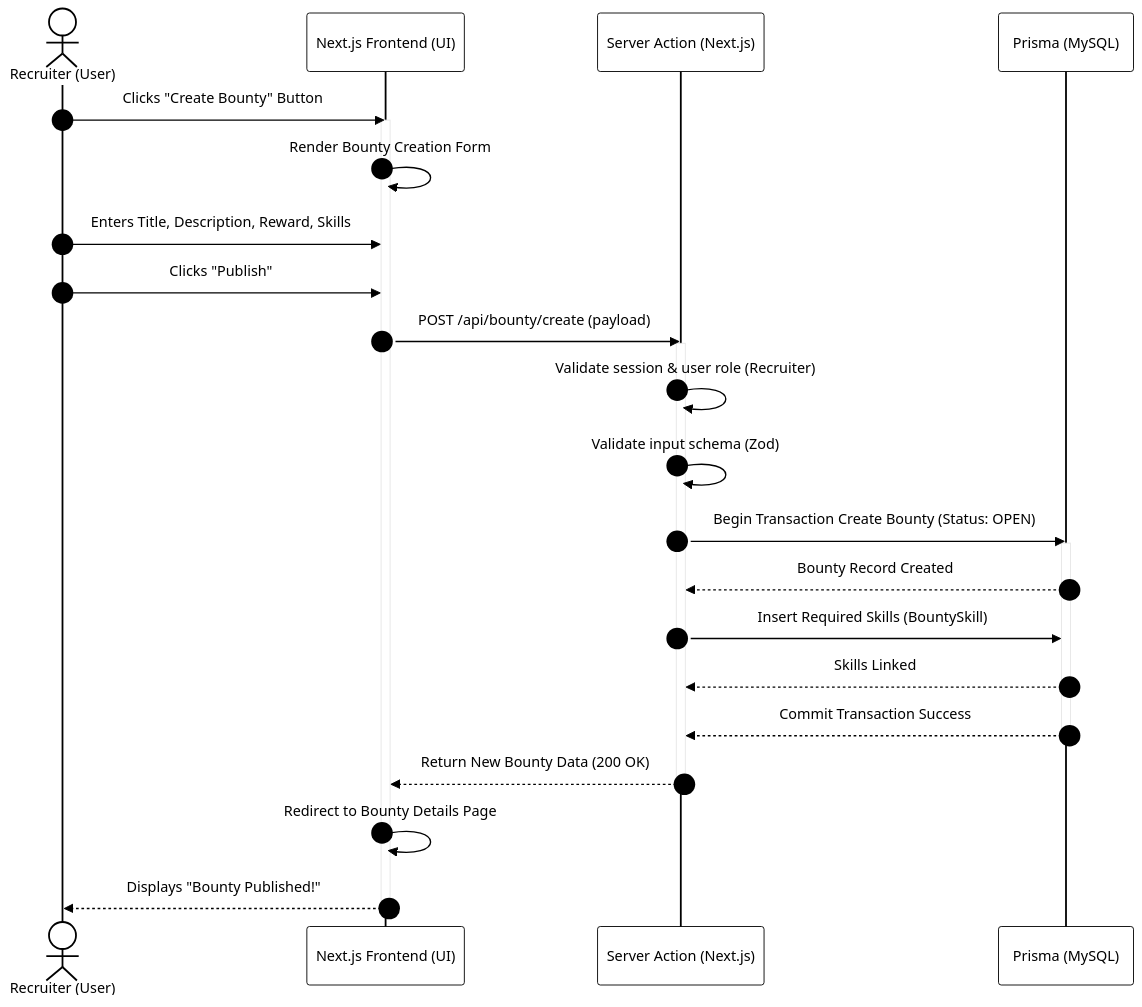
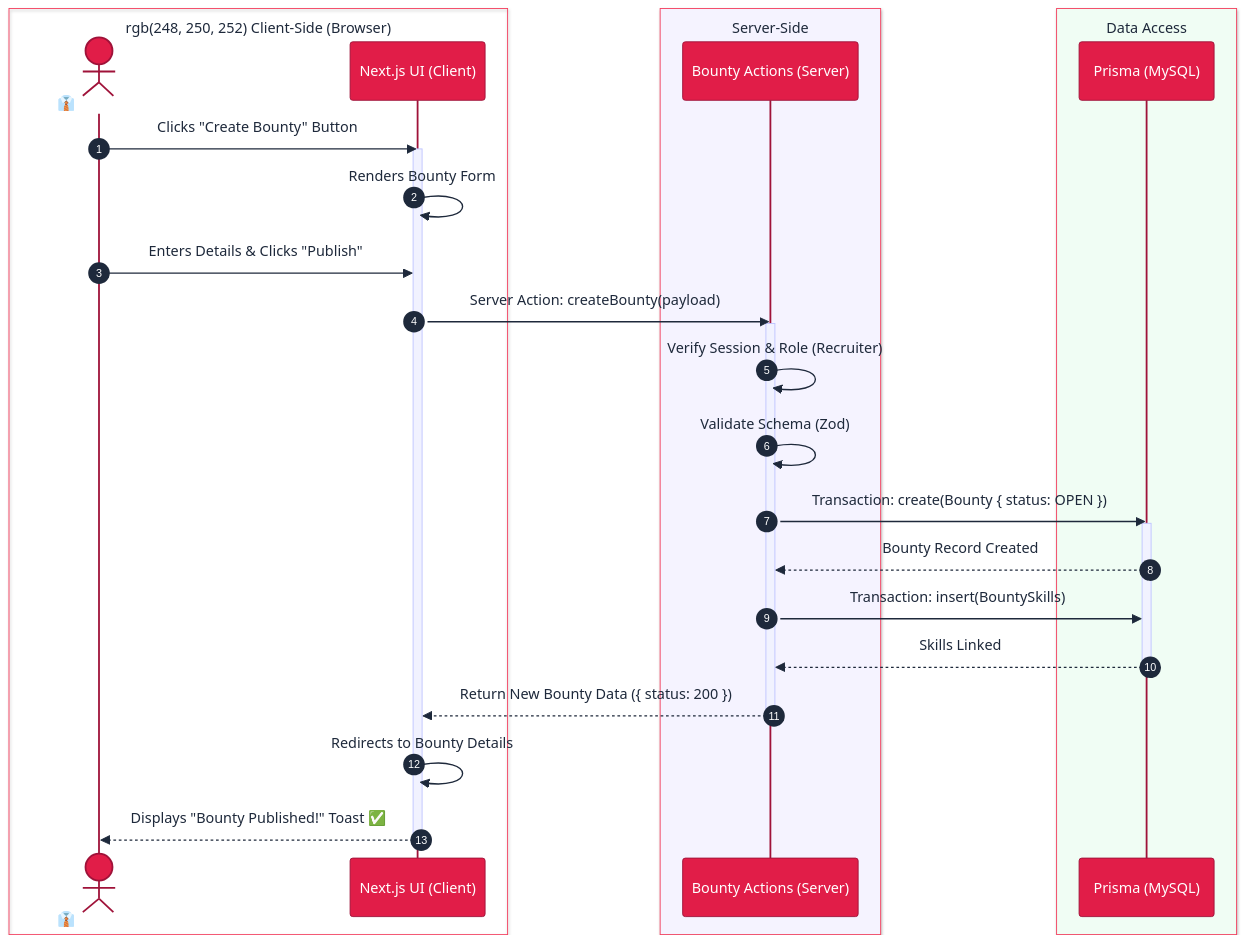
The second of 4 diagrams in Sequence-Diagram.md (Hannankhan00/skillspill), drawn with Mermaid before and after one commit. The commit also changed other lines of this file and 31 other files, not shown here.

````diff
--- a/Sequence-Diagram.md
+++ b/Sequence-Diagram.md
@@ -69,51 +75,56 @@
 ```mermaid
 %%{init: {
   'theme': 'base',
   'themeVariables': {
-    'primaryColor': '#ffffff',
-    'primaryTextColor': '#000000',
-    'primaryBorderColor': '#000000',
-    'lineColor': '#000000',
-    'secondaryColor': '#ffffff',
-    'tertiaryColor': '#ffffff',
-    'nodeBorder': '#000000',
-    'mainBkg': '#ffffff',
-    'fontFamily': 'arial',
-    'sequenceNumberColor': '#000000'
+    'primaryColor': '#fff1f2',
+    'primaryTextColor': '#1e293b',
+    'primaryBorderColor': '#f43f5e',
+    'lineColor': '#64748b',
+    'actorBkg': '#e11d48',
+    'actorTextColor': '#ffffff',
+    'actorBorder': '#9f1239',
+    'sequenceNumberColor': '#ffffff'
   }
-} }%%
+}}%%
 sequenceDiagram
     autonumber
-    actor Recruiter as Recruiter (User)
-    participant UI as Next.js Frontend (UI)
-    participant API as Server Action (Next.js)
-    participant DB as Prisma (MySQL)
+    
+    box rgb(248, 250, 252) Client-Side (Browser)
+        actor Recruiter as 👔 Recruiter
+        participant UI as Next.js UI (Client)
+    end
+    
+    box rgb(245, 243, 255) Server-Side
+        participant API as Bounty Actions (Server)
+    end
+    
+    box rgb(240, 253, 244) Data Access
+        participant DB as Prisma (MySQL)
+    end
 
     Recruiter->>UI: Clicks "Create Bounty" Button
     activate UI
-    UI->>UI: Render Bounty Creation Form
-    Recruiter->>UI: Enters Title, Description, Reward, Skills
-    Recruiter->>UI: Clicks "Publish"
-    UI->>API: POST /api/bounty/create (payload)
+    UI->>UI: Renders Bounty Form
+    Recruiter->>UI: Enters Details & Clicks "Publish"
+    
+    UI->>API: Server Action: createBounty(payload)
     activate API
     
-    API->>API: Validate session & user role (Recruiter)
-    API->>API: Validate input schema (Zod)
+    API->>API: Verify Session & Role (Recruiter)
+    API->>API: Validate Schema (Zod)
     
-    API->>DB: Begin Transaction Create Bounty (Status: OPEN)
+    API->>DB: Transaction: create(Bounty { status: OPEN })
     activate DB
     DB-->>API: Bounty Record Created
     
-    API->>DB: Insert Required Skills (BountySkill)
+    API->>DB: Transaction: insert(BountySkills)
     DB-->>API: Skills Linked
-    
-    DB-->>API: Commit Transaction Success
     deactivate DB
     
-    API-->>UI: Return New Bounty Data (200 OK)
+    API-->>UI: Return New Bounty Data ({ status: 200 })
     deactivate API
     
-    UI->>UI: Redirect to Bounty Details Page
-    UI-->>Recruiter: Displays "Bounty Published!"
+    UI->>UI: Redirects to Bounty Details
+    UI-->>Recruiter: Displays "Bounty Published!" Toast ✅
     deactivate UI
 ```
````
